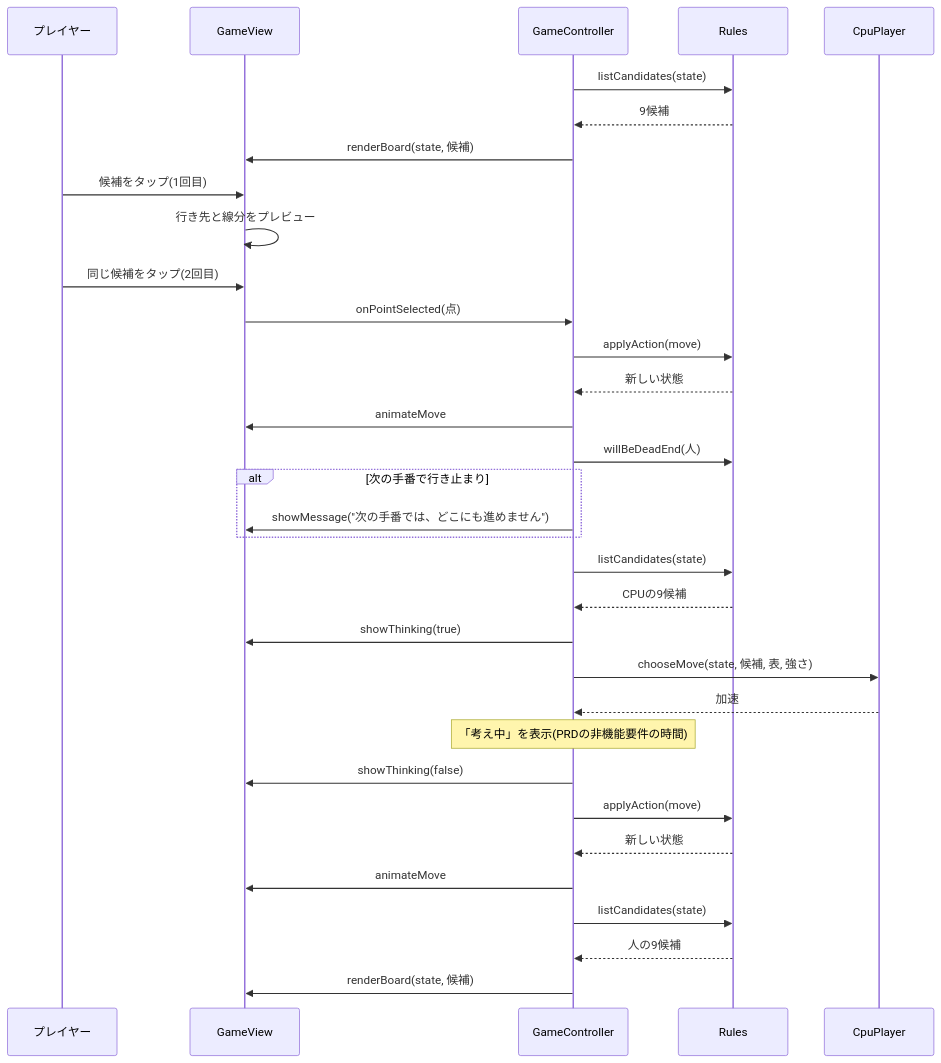
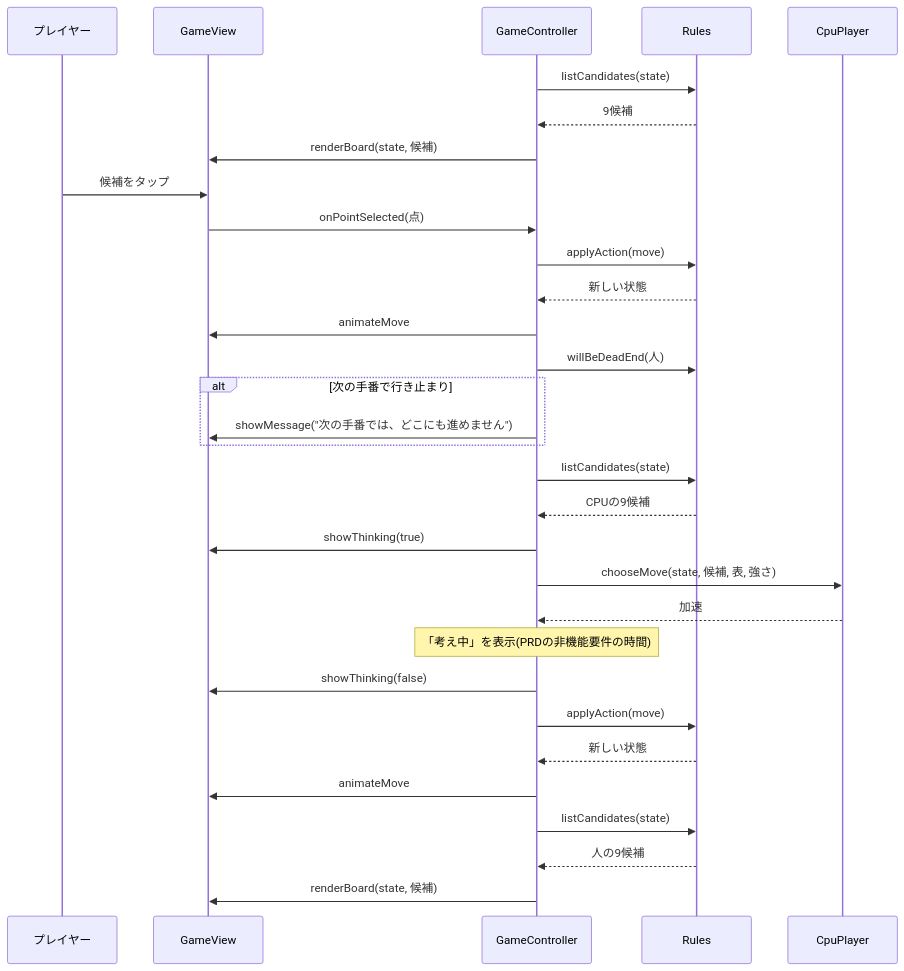
One commit to nogawa-asase/race-track changed the third of 5 diagrams in docs/functional-design.md. Above: the diagram before and after it, drawn with Mermaid. The commit also changed other lines of this file, not shown here.

````diff
--- a/docs/functional-design.md
+++ b/docs/functional-design.md
@@ -579,36 +579,34 @@
 ```mermaid
 sequenceDiagram
     participant User as プレイヤー
     participant View as GameView
     participant Ctrl as GameController
     participant Rules
     participant Cpu as CpuPlayer
 
     Ctrl->>Rules: listCandidates(state)
     Rules-->>Ctrl: 9候補
     Ctrl->>View: renderBoard(state, 候補)
-    User->>View: 候補をタップ(1回目)
-    View->>View: 行き先と線分をプレビュー
-    User->>View: 同じ候補をタップ(2回目)
+    User->>View: 候補をタップ
     View->>Ctrl: onPointSelected(点)
     Ctrl->>Rules: applyAction(move)
     Rules-->>Ctrl: 新しい状態
     Ctrl->>View: animateMove
     Ctrl->>Rules: willBeDeadEnd(人)
     alt 次の手番で行き止まり
         Ctrl->>View: showMessage("次の手番では、どこにも進めません")
     end
     Ctrl->>Rules: listCandidates(state)
     Rules-->>Ctrl: CPUの9候補
     Ctrl->>View: showThinking(true)
     Ctrl->>Cpu: chooseMove(state, 候補, 表, 強さ)
     Cpu-->>Ctrl: 加速
     Note over Ctrl: 「考え中」を表示(PRDの非機能要件の時間)
     Ctrl->>View: showThinking(false)
     Ctrl->>Rules: applyAction(move)
     Rules-->>Ctrl: 新しい状態
     Ctrl->>View: animateMove
     Ctrl->>Rules: listCandidates(state)
     Rules-->>Ctrl: 人の9候補
     Ctrl->>View: renderBoard(state, 候補)
 ```
````
